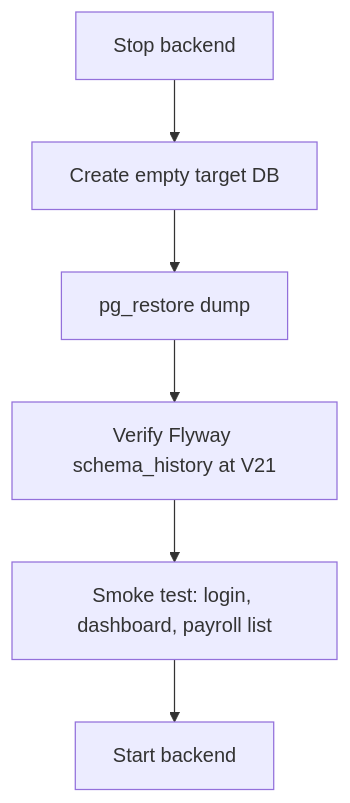
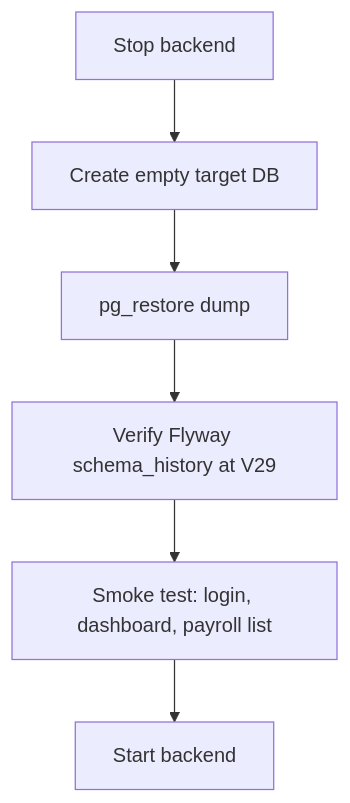
The second of 2 diagrams in ERP Documentation/09_Backup_Recovery.md (waritctd/GL-R-ERP), drawn with Mermaid before and after one commit. The commit also changed other lines of this file and 9 other files, not shown here.

First line of the commit message:
Fix docs to match actual schema (head V29, computed leave balances, XLSX)

````diff
--- a/ERP Documentation/09_Backup_Recovery.md
+++ b/ERP Documentation/09_Backup_Recovery.md
@@ -80,8 +80,8 @@
 ```mermaid
 flowchart TB
     A[Stop backend] --> B[Create empty target DB]
     B --> C[pg_restore dump]
-    C --> D[Verify Flyway schema_history at V21]
+    C --> D[Verify Flyway schema_history at V29]
     D --> E[Smoke test: login, dashboard, payroll list]
     E --> F[Start backend]
 ```
````
